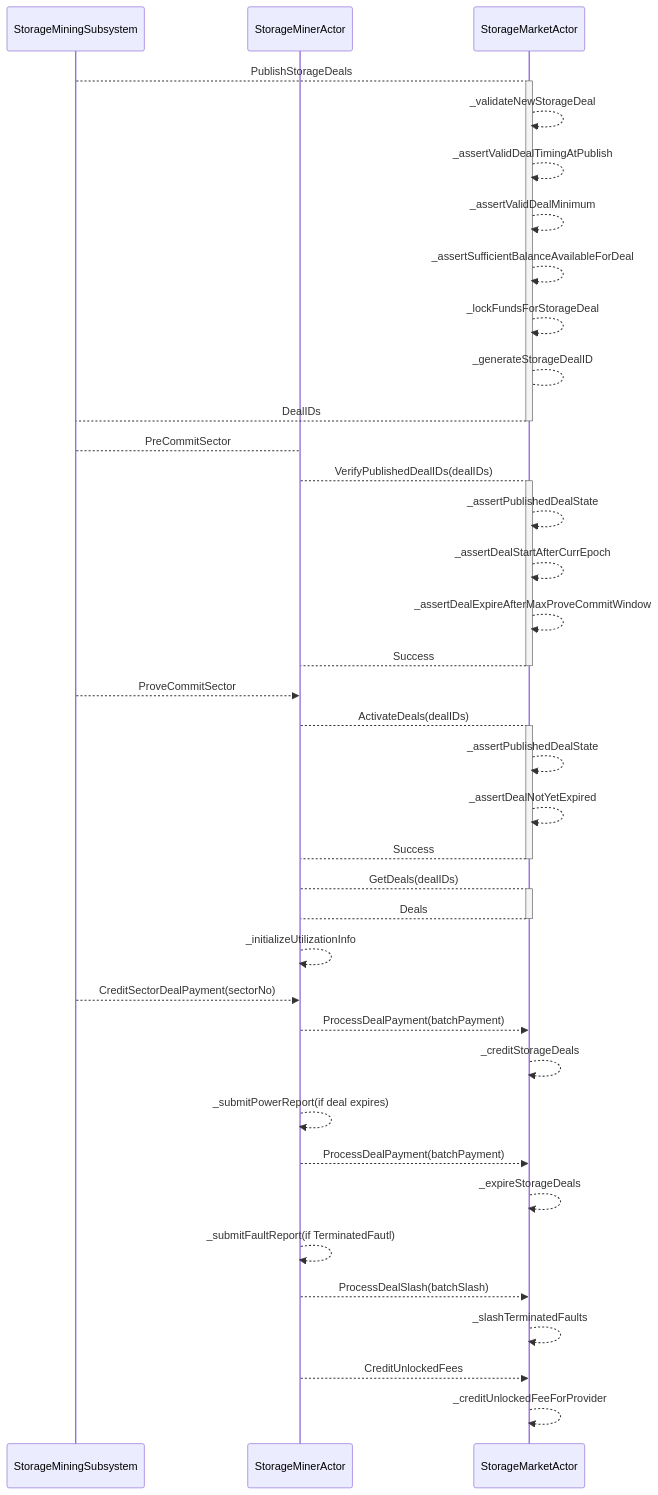
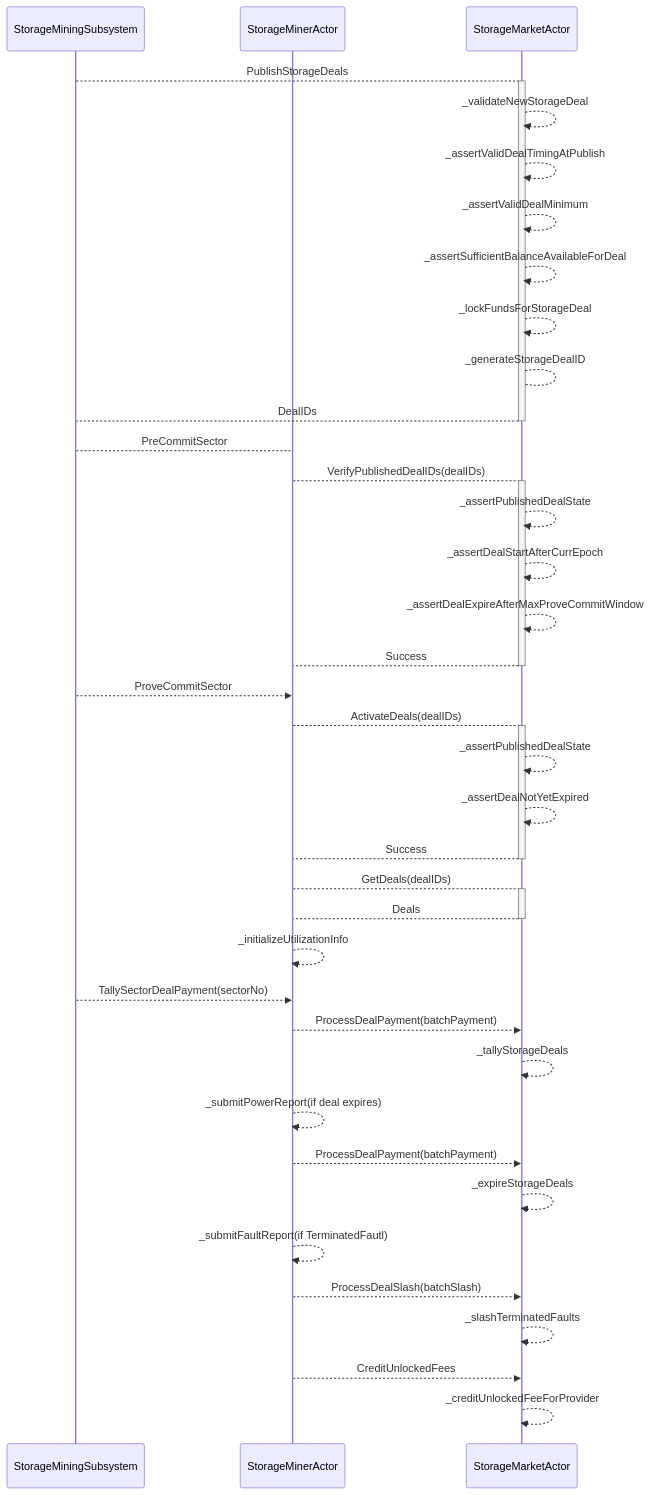
The diagram in src/systems/filecoin_markets/deal/diagrams/deal-payment.mmd (filecoin-project/specs), drawn with Mermaid before and after one commit. The commit also changed 1 other file, not shown here.

Commit message:
change creditStorageDeals to tallyStorageDeals

```diff
--- a/src/systems/filecoin_markets/deal/diagrams/deal-payment.mmd
+++ b/src/systems/filecoin_markets/deal/diagrams/deal-payment.mmd
@@ -1,37 +1,37 @@
 sequenceDiagram
 participant StorageMiningSubsystem
 participant StorageMinerActor
 participant StorageMarketActor
 StorageMiningSubsystem -->+ StorageMarketActor: PublishStorageDeals
 StorageMarketActor -->> StorageMarketActor: _validateNewStorageDeal
 StorageMarketActor -->> StorageMarketActor: _assertValidDealTimingAtPublish
 StorageMarketActor -->> StorageMarketActor: _assertValidDealMinimum
 StorageMarketActor -->> StorageMarketActor: _assertSufficientBalanceAvailableForDeal
 StorageMarketActor -->> StorageMarketActor: _lockFundsForStorageDeal
 StorageMarketActor --> StorageMarketActor: _generateStorageDealID
 StorageMarketActor -->- StorageMiningSubsystem: DealIDs
 StorageMiningSubsystem --> StorageMinerActor: PreCommitSector
 StorageMinerActor -->+ StorageMarketActor: VerifyPublishedDealIDs(dealIDs)
 StorageMarketActor -->> StorageMarketActor: _assertPublishedDealState
 StorageMarketActor -->> StorageMarketActor: _assertDealStartAfterCurrEpoch
 StorageMarketActor -->> StorageMarketActor: _assertDealExpireAfterMaxProveCommitWindow
 StorageMarketActor -->- StorageMinerActor: Success
 StorageMiningSubsystem -->> StorageMinerActor: ProveCommitSector
 StorageMinerActor -->+ StorageMarketActor: ActivateDeals(dealIDs)
 StorageMarketActor -->> StorageMarketActor: _assertPublishedDealState
 StorageMarketActor -->> StorageMarketActor: _assertDealNotYetExpired
 StorageMarketActor -->- StorageMinerActor: Success
 StorageMinerActor -->+ StorageMarketActor: GetDeals(dealIDs)
 StorageMarketActor -->- StorageMinerActor: Deals
 StorageMinerActor -->> StorageMinerActor: _initializeUtilizationInfo
-StorageMiningSubsystem -->> StorageMinerActor: CreditSectorDealPayment(sectorNo)
+StorageMiningSubsystem -->> StorageMinerActor: TallySectorDealPayment(sectorNo)
 StorageMinerActor -->> StorageMarketActor: ProcessDealPayment(batchPayment)
-StorageMarketActor -->> StorageMarketActor: _creditStorageDeals
+StorageMarketActor -->> StorageMarketActor: _tallyStorageDeals
 StorageMinerActor -->> StorageMinerActor: _submitPowerReport(if deal expires)
 StorageMinerActor -->> StorageMarketActor: ProcessDealPayment(batchPayment)
 StorageMarketActor -->> StorageMarketActor: _expireStorageDeals
 StorageMinerActor -->> StorageMinerActor: _submitFaultReport(if TerminatedFautl)
 StorageMinerActor -->> StorageMarketActor: ProcessDealSlash(batchSlash)
 StorageMarketActor -->> StorageMarketActor: _slashTerminatedFaults
 StorageMinerActor -->> StorageMarketActor: CreditUnlockedFees
 StorageMarketActor -->> StorageMarketActor: _creditUnlockedFeeForProvider
```
